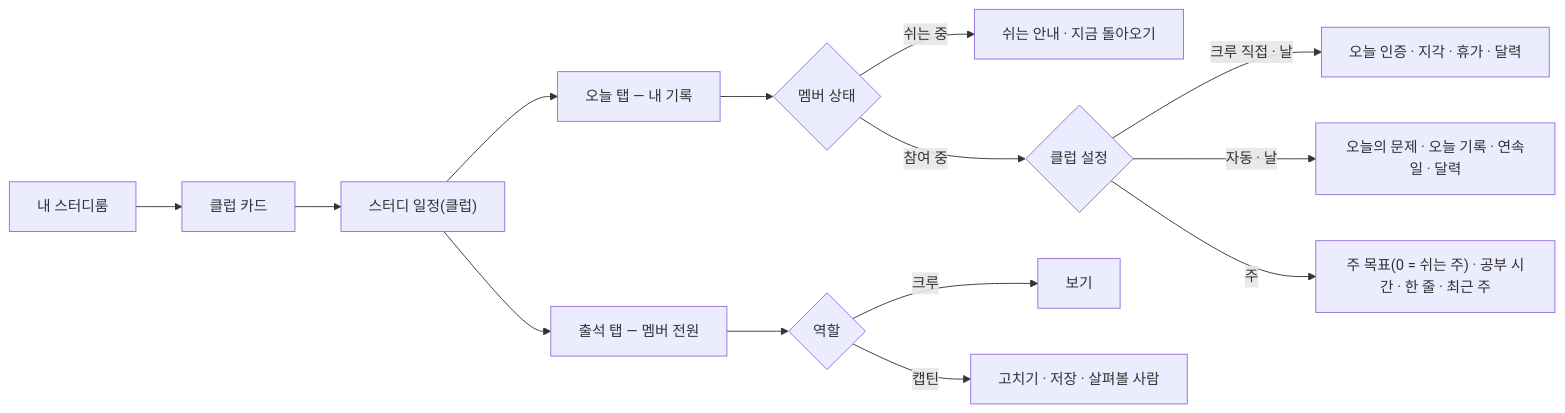
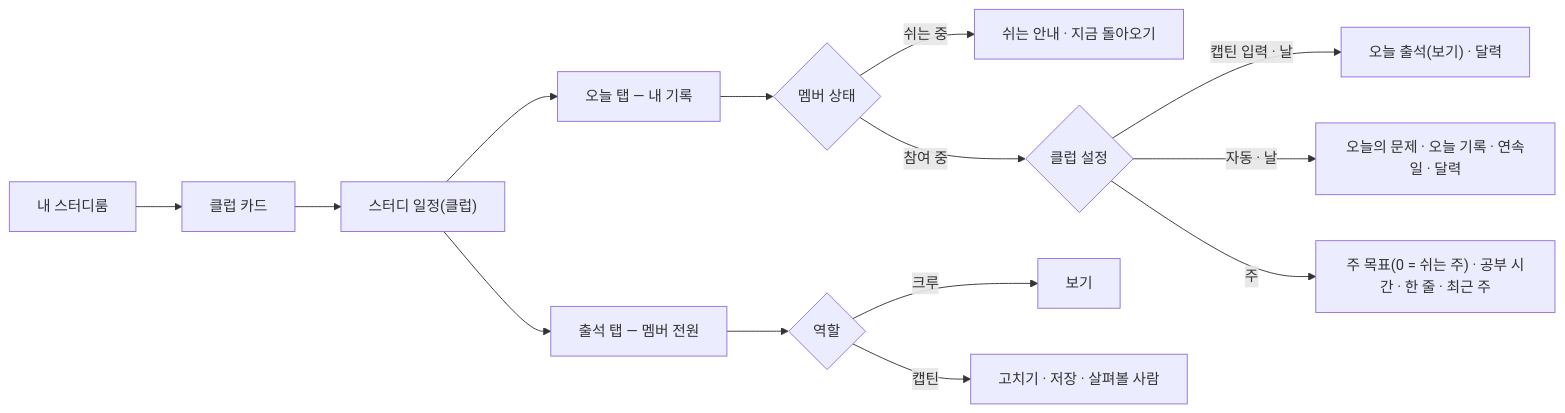
Before and after one commit to StudyClub-PlusPlus/studyclub-engineering: the diagram in 01-planning/stories/crew-my-club/PRD.md, drawn with Mermaid. The commit also changed other lines of this file and 12 other files, not shown here.

````diff
--- a/01-planning/stories/crew-my-club/PRD.md
+++ b/01-planning/stories/crew-my-club/PRD.md
@@ -29,15 +30,15 @@
 ```mermaid
 flowchart LR
   A["내 스터디룸"] --> B["클럽 카드"] --> C["스터디 일정(클럽)"]
   C --> T["오늘 탭 — 내 기록"]
   C --> K["출석 탭 — 멤버 전원"]
   T --> S{"멤버 상태"}
   S -->|쉬는 중| R["쉬는 안내 · 지금 돌아오기"]
   S -->|참여 중| D{"클럽 설정"}
-  D -->|크루 직접 · 날| E["오늘 인증 · 지각 · 휴가 · 달력"]
+  D -->|캡틴 입력 · 날| E["오늘 출석(보기) · 달력"]
   D -->|자동 · 날| G["오늘의 문제 · 오늘 기록 · 연속일 · 달력"]
   D -->|주| H["주 목표(0 = 쉬는 주) · 공부 시간 · 한 줄 · 최근 주"]
   K --> V{"역할"}
   V -->|크루| W["보기"]
   V -->|캡틴| X["고치기 · 저장 · 살펴볼 사람"]
 ```
````
